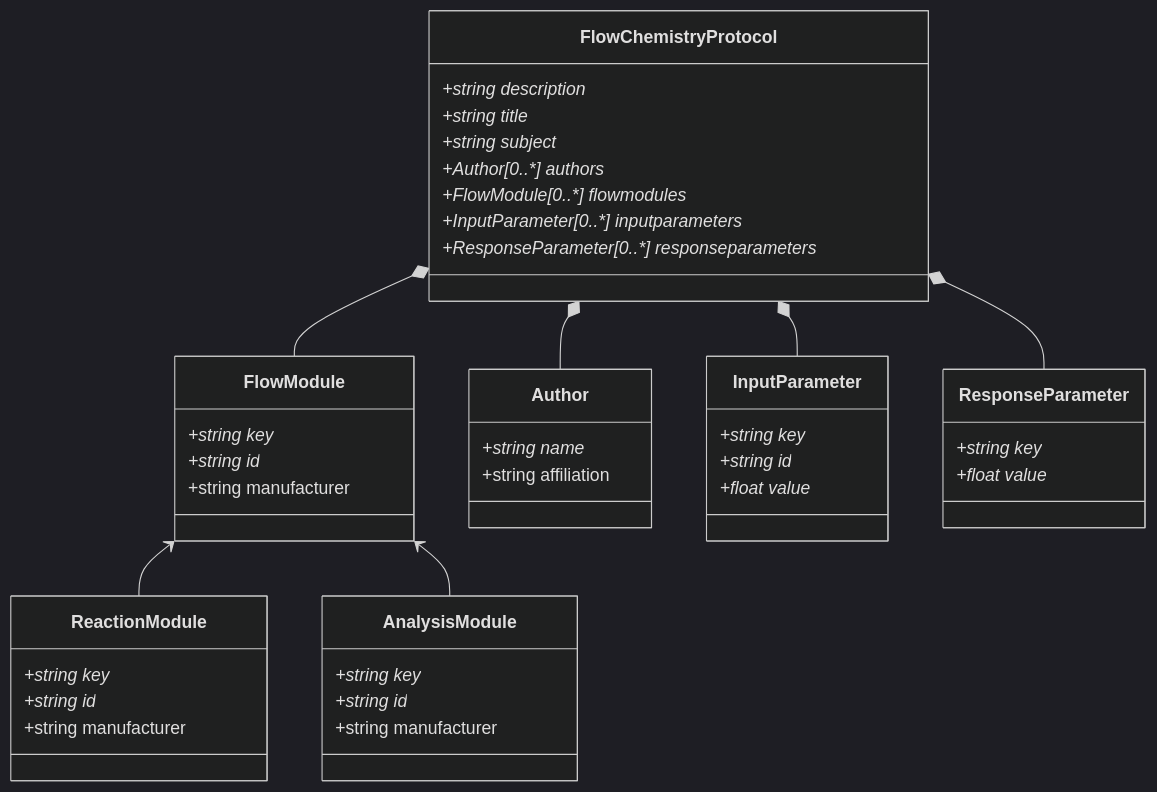
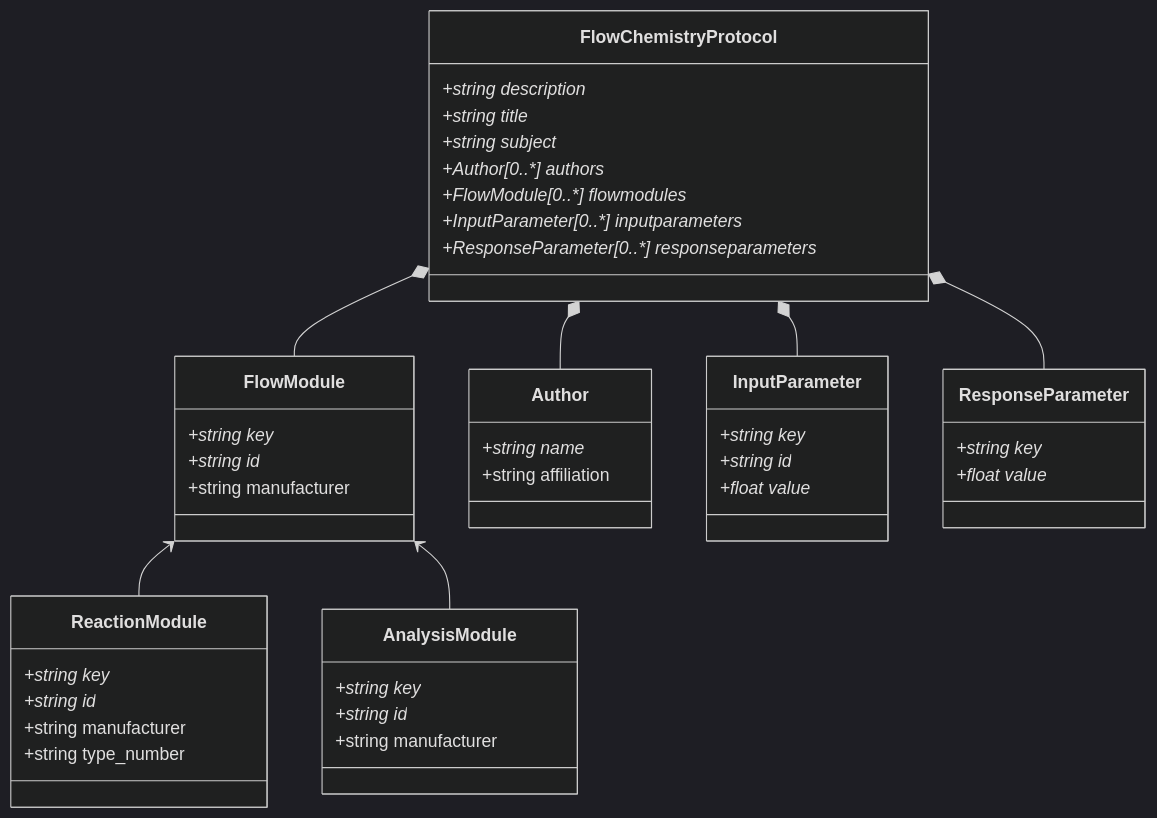
Before and after one commit to C-Kessler/sdrdm-flowchem-B2: the diagram in pyDataset/schemes/Dataset.md, drawn with Mermaid (dark theme). The commit also changed 4 other files, not shown here.

````diff
--- a/pyDataset/schemes/Dataset.md
+++ b/pyDataset/schemes/Dataset.md
@@ -1,54 +1,55 @@
 ```mermaid
 classDiagram
     FlowModule <-- ReactionModule
     FlowModule <-- AnalysisModule
     FlowChemistryProtocol *-- Author
     FlowChemistryProtocol *-- FlowModule
     FlowChemistryProtocol *-- InputParameter
     FlowChemistryProtocol *-- ResponseParameter
     
     class FlowChemistryProtocol {
         +string description*
         +string title*
         +string subject*
         +Author[0..*] authors*
         +FlowModule[0..*] flowmodules*
         +InputParameter[0..*] inputparameters*
         +ResponseParameter[0..*] responseparameters*
     }
     
     class Author {
         +string name*
         +string affiliation
     }
     
     class FlowModule {
         +string key*
         +string id*
         +string manufacturer
     }
     
     class ReactionModule {
         +string key*
         +string id*
         +string manufacturer
+        +string type_number
     }
     
     class AnalysisModule {
         +string key*
         +string id*
         +string manufacturer
     }
     
     class InputParameter {
         +string key*
         +string id*
         +float value*
     }
     
     class ResponseParameter {
         +string key*
         +float value*
     }
     
 ```
````
